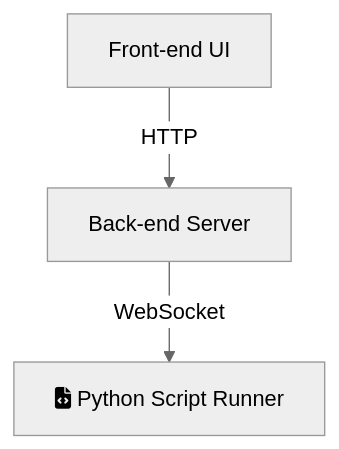
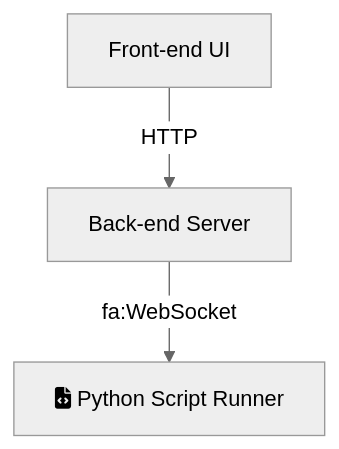
The diagram in all/未命名.md (AlkeySheng/iodraw-files), drawn with Mermaid (neutral theme) before and after one commit.

Commit message:
2024-05-20 14:50:56 update

````diff
--- a/all/未命名.md
+++ b/all/未命名.md
@@ -1,6 +1,6 @@
 ```mermaid
 graph TD
     A[Front-end UI] -->|HTTP| B[Back-end Server]
-    B -->|WebSocket| C[fa:fa-file-code Python Script Runner]
+    B -->|fa:WebSocket| C[fa:fa-file-code Python Script Runner]
 
 ```
````
